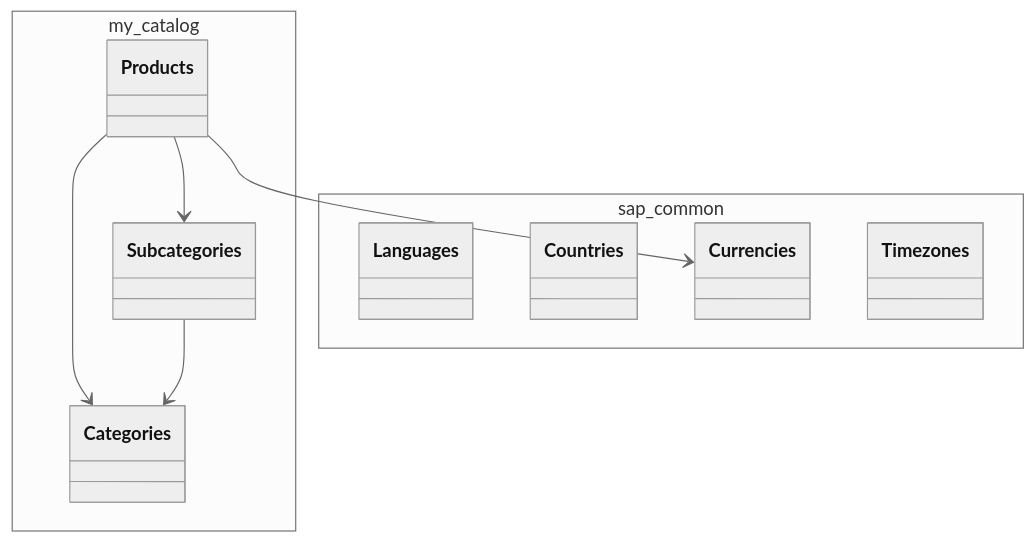
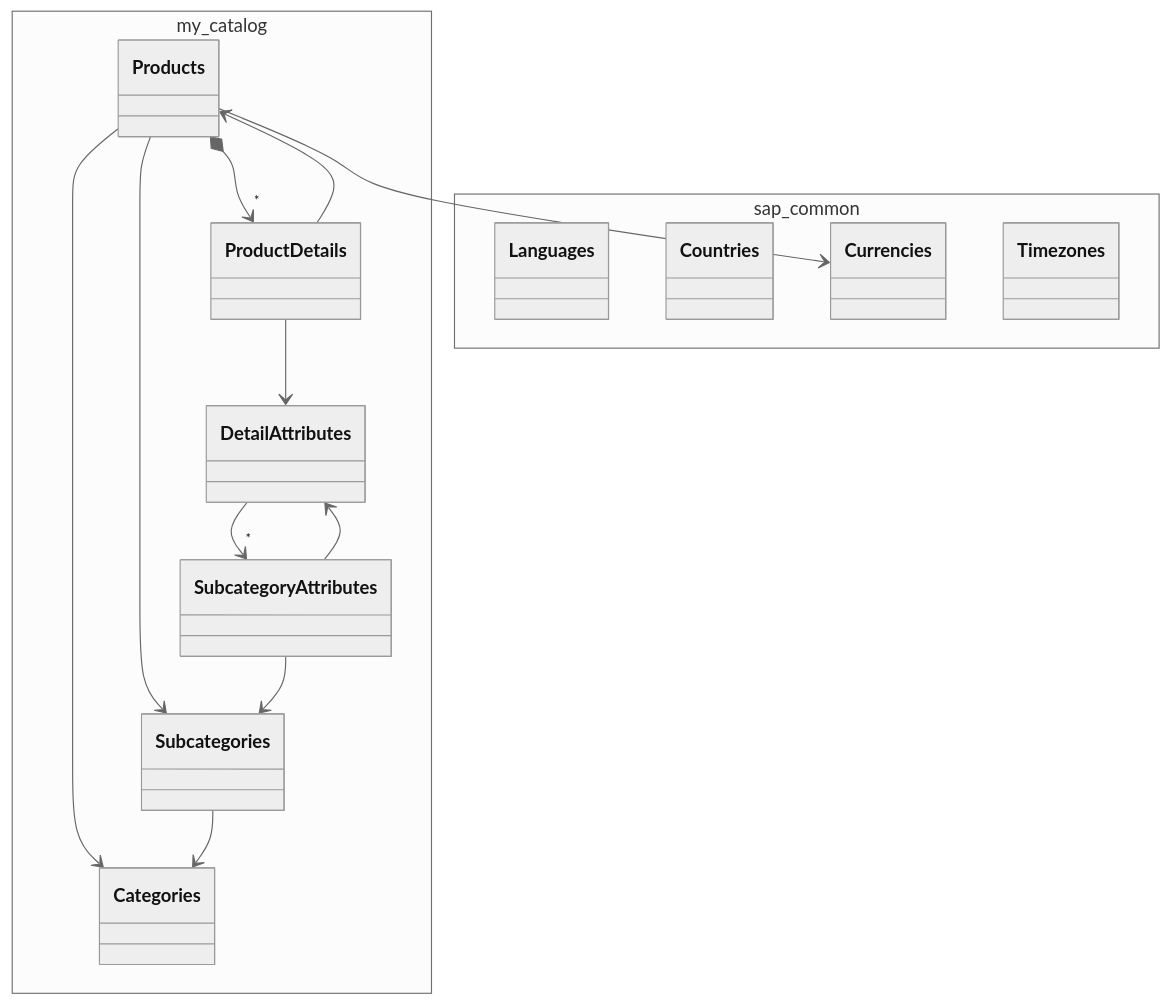
One commit to daiedy/Test_CAP changed the diagram in docs/registry/DOMAIN-MODEL.md. Above: the diagram before and after it, drawn with Mermaid (neutral theme). The commit also changed other lines of this file and 31 other files, not shown here.

First line of the commit message:
feat(srv): products-details-section backend

````diff
--- a/docs/registry/DOMAIN-MODEL.md
+++ b/docs/registry/DOMAIN-MODEL.md
@@ -8,19 +8,28 @@
 ```mermaid
 classDiagram
   namespace my_catalog {
     class `my.catalog.Products`["Products"]
     class `my.catalog.Categories`["Categories"]
     class `my.catalog.Subcategories`["Subcategories"]
+    class `my.catalog.DetailAttributes`["DetailAttributes"]
+    class `my.catalog.SubcategoryAttributes`["SubcategoryAttributes"]
+    class `my.catalog.ProductDetails`["ProductDetails"]
   }
   namespace sap_common {
     class `sap.common.Languages`["Languages"]
     class `sap.common.Countries`["Countries"]
     class `sap.common.Currencies`["Currencies"]
     class `sap.common.Timezones`["Timezones"]
   }
 
   `my.catalog.Products` -->  `sap.common.Currencies`
   `my.catalog.Products` -->  `my.catalog.Categories`
   `my.catalog.Products` -->  `my.catalog.Subcategories`
+  `my.catalog.Products` *--> "*" `my.catalog.ProductDetails`
   `my.catalog.Subcategories` -->  `my.catalog.Categories`
+  `my.catalog.DetailAttributes` --> "*" `my.catalog.SubcategoryAttributes`
+  `my.catalog.SubcategoryAttributes` -->  `my.catalog.Subcategories`
+  `my.catalog.SubcategoryAttributes` -->  `my.catalog.DetailAttributes`
+  `my.catalog.ProductDetails` -->  `my.catalog.Products`
+  `my.catalog.ProductDetails` -->  `my.catalog.DetailAttributes`
 ```
````
